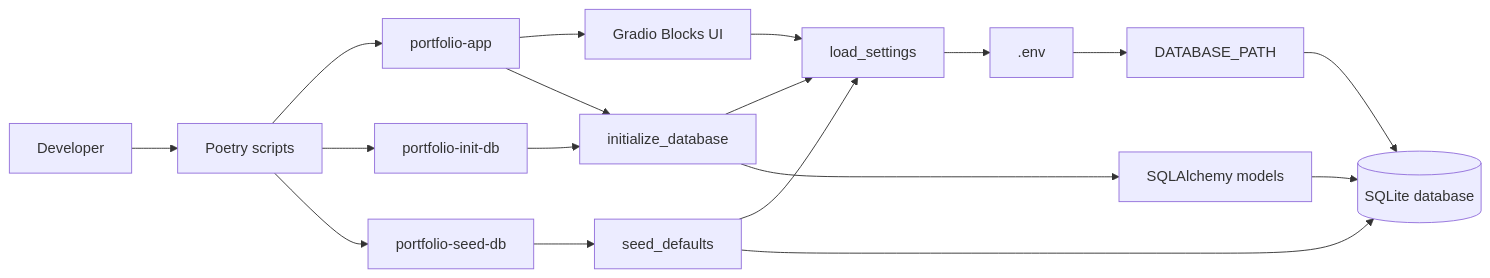
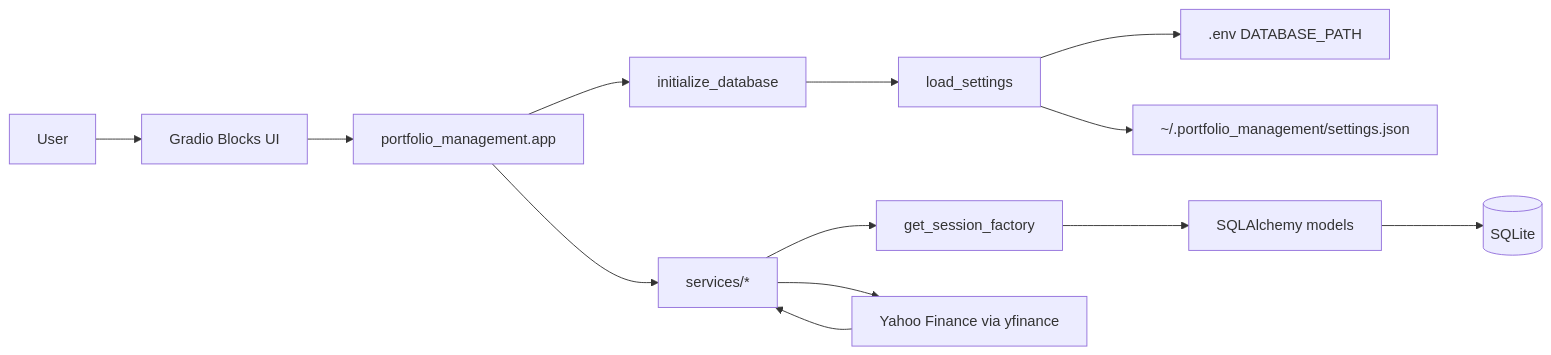
One commit to derruba2000/PortfolioTracker changed the first of 5 diagrams in doc/architecture.md. Above: the diagram before and after it, drawn with Mermaid. The commit also changed other lines of this file and 1 other file, not shown here.

````diff
--- a/doc/architecture.md
+++ b/doc/architecture.md
@@ -22,24 +31,18 @@
 ```mermaid
 flowchart LR
-    Dev[Developer] --> Poetry[Poetry scripts]
-    Poetry --> AppScript[portfolio-app]
-    Poetry --> InitScript[portfolio-init-db]
-    Poetry --> SeedScript[portfolio-seed-db]
+    User[User] --> UI[Gradio Blocks UI]
+    UI --> App[portfolio_management.app]
+    App --> Init[initialize_database]
+    App --> Services[services/*]
 
-    AppScript --> Gradio[Gradio Blocks UI]
-    AppScript --> InitDb[initialize_database]
-    InitScript --> InitDb
-    SeedScript --> SeedDefaults[seed_defaults]
+    Init --> Settings[load_settings]
+    Settings --> Env[.env DATABASE_PATH]
+    Settings --> Theme[~/.portfolio_management/settings.json]
 
-    InitDb --> Settings[load_settings]
-    SeedDefaults --> Settings
-    Gradio --> Settings
+    Services --> Session[get_session_factory]
+    Session --> ORM[SQLAlchemy models]
+    ORM --> DB[(SQLite)]
 
-    Settings --> EnvFile[.env]
-    EnvFile --> DbPath[DATABASE_PATH]
-    DbPath --> SQLite[(SQLite database)]
-
-    InitDb --> Models[SQLAlchemy models]
-    Models --> SQLite
-    SeedDefaults --> SQLite
+    Services --> Yahoo[Yahoo Finance via yfinance]
+    Yahoo --> Services
 ```
````
